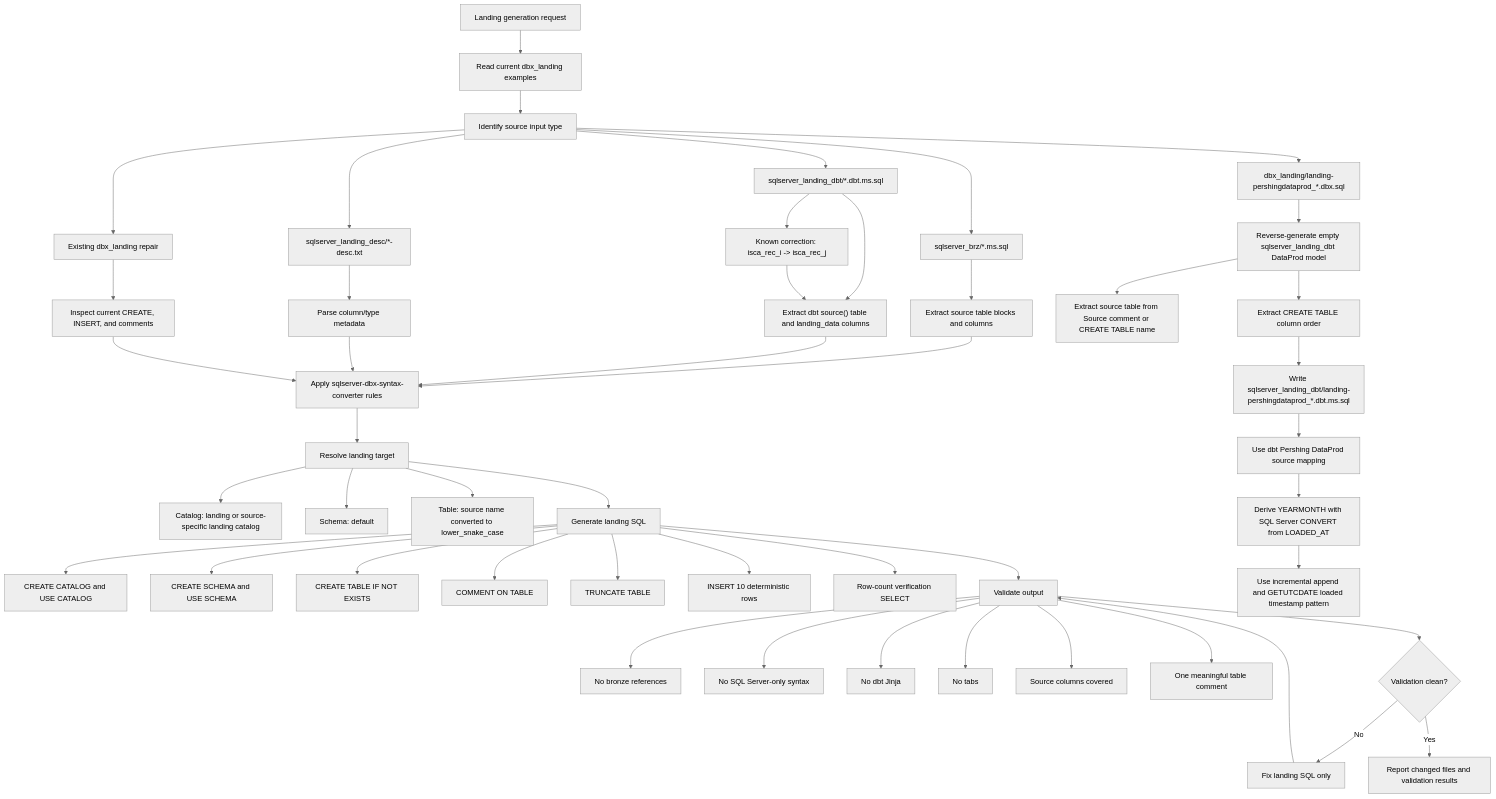
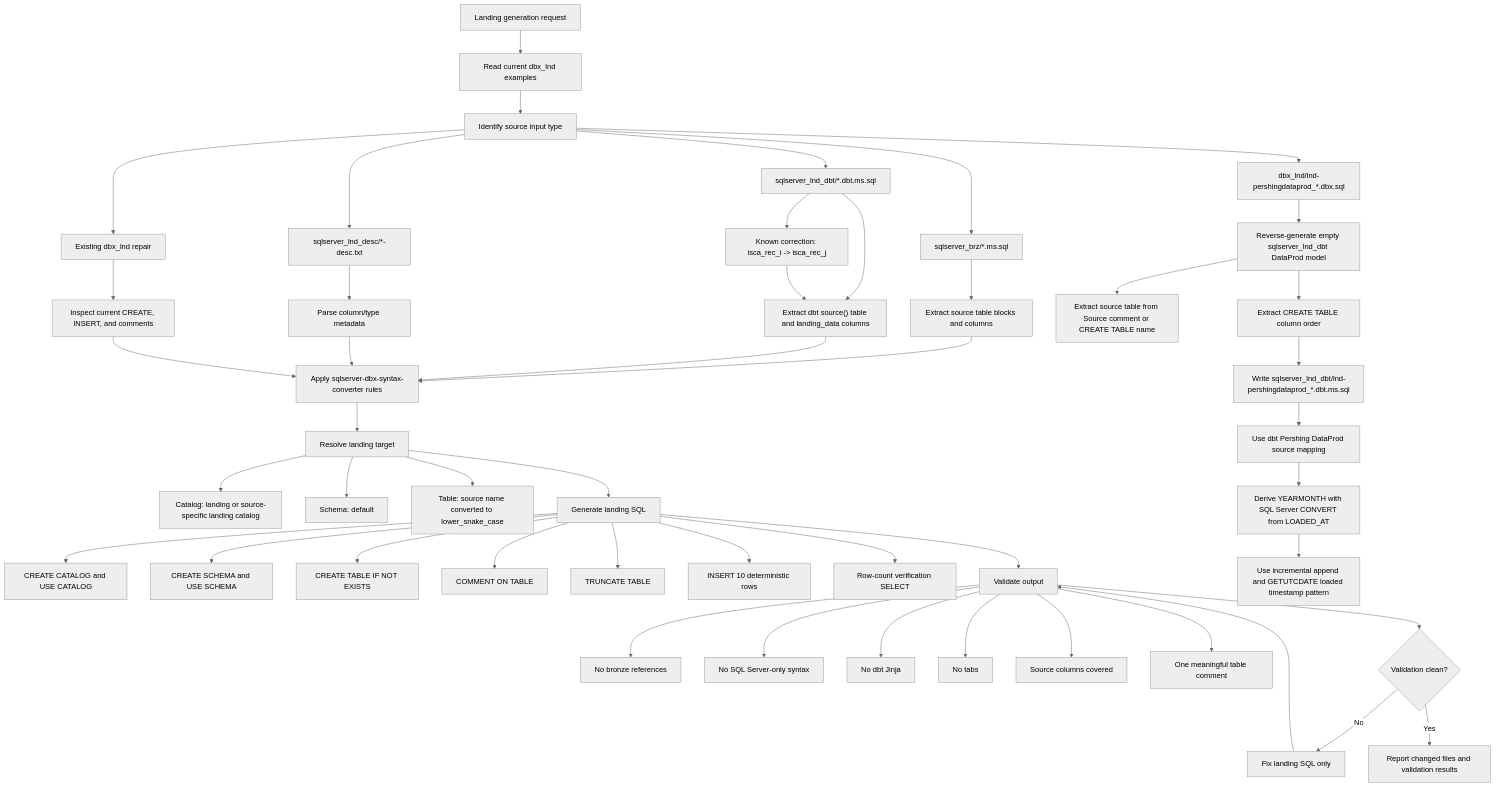
One commit to enriqueescobar-it/bbank_dw changed the diagram in .codex/skills/landing-to-dbx-generator/SKILL.md. Above: the diagram before and after it, drawn with Mermaid (neutral theme). The commit also changed other lines of this file and 13 other files, not shown here.

````diff
--- a/.codex/skills/landing-to-dbx-generator/SKILL.md
+++ b/.codex/skills/landing-to-dbx-generator/SKILL.md
@@ -26,58 +26,58 @@
 ```mermaid
 flowchart TD
-    A["Landing generation request"] --> B["Read current dbx_landing examples"]
+    A["Landing generation request"] --> B["Read current dbx_lnd examples"]
     B --> C["Identify source input type"]
 
     C --> C1["sqlserver_brz/*.ms.sql"]
-    C --> C2["sqlserver_landing_dbt/*.dbt.ms.sql"]
-    C --> C3["sqlserver_landing_desc/*-desc.txt"]
-    C --> C4["Existing dbx_landing repair"]
-    C --> C5["dbx_landing/landing-pershingdataprod_*.dbx.sql"]
+    C --> C2["sqlserver_lnd_dbt/*.dbt.ms.sql"]
+    C --> C3["sqlserver_lnd_desc/*-desc.txt"]
+    C --> C4["Existing dbx_lnd repair"]
+    C --> C5["dbx_lnd/lnd-pershingdataprod_*.dbx.sql"]
 
     C1 --> D["Extract source table blocks and columns"]
     C2 --> E["Extract dbt source() table and landing_data columns"]
     C3 --> F["Parse column/type metadata"]
     C4 --> G["Inspect current CREATE, INSERT, and comments"]
-    C5 --> R["Reverse-generate empty sqlserver_landing_dbt DataProd model"]
+    C5 --> R["Reverse-generate empty sqlserver_lnd_dbt DataProd model"]
     C2 --> C6["Known correction: isca_rec_i -> isca_rec_j"]
 
     D --> H["Apply sqlserver-dbx-syntax-converter rules"]
     E --> H
     F --> H
     G --> H
 
     H --> I["Resolve landing target"]
     I --> I1["Catalog: landing or source-specific landing catalog"]
     I --> I2["Schema: default"]
     I --> I3["Table: source name converted to lower_snake_case"]
 
     I --> J["Generate landing SQL"]
     J --> J1["CREATE CATALOG and USE CATALOG"]
     J --> J2["CREATE SCHEMA and USE SCHEMA"]
     J --> J3["CREATE TABLE IF NOT EXISTS"]
     J --> J4["COMMENT ON TABLE"]
     J --> J5["TRUNCATE TABLE"]
     J --> J6["INSERT 10 deterministic rows"]
     J --> J7["Row-count verification SELECT"]
 
     J --> K["Validate output"]
     K --> K1["No bronze references"]
     K --> K2["No SQL Server-only syntax"]
     K --> K3["No dbt Jinja"]
     K --> K4["No tabs"]
     K --> K5["Source columns covered"]
     K --> K6["One meaningful table comment"]
 
     K --> L{"Validation clean?"}
     L -->|No| M["Fix landing SQL only"]
     M --> K
     L -->|Yes| N["Report changed files and validation results"]
 
     R --> R1["Extract source table from Source comment or CREATE TABLE name"]
     R --> R2["Extract CREATE TABLE column order"]
-    R2 --> R3["Write sqlserver_landing_dbt/landing-pershingdataprod_*.dbt.ms.sql"]
+    R2 --> R3["Write sqlserver_lnd_dbt/lnd-pershingdataprod_*.dbt.ms.sql"]
     R3 --> R4["Use dbt Pershing DataProd source mapping"]
     R4 --> R5["Derive YEARMONTH with SQL Server CONVERT from LOADED_AT"]
     R5 --> R6["Use incremental append and GETUTCDATE loaded timestamp pattern"]
     C6 --> E
 ```
````
